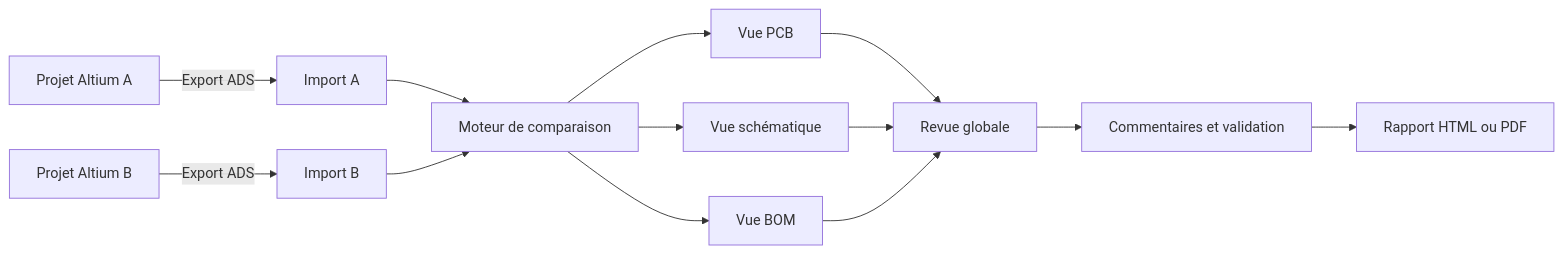
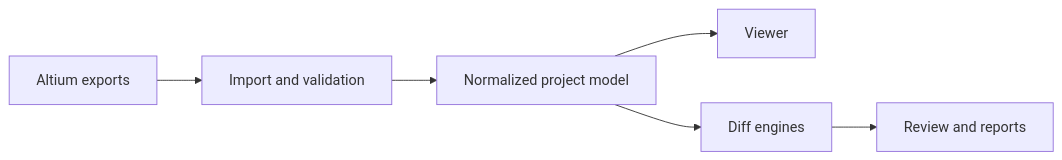
Before and after one commit to pixellove4ever/Altium-Diff-Studio: the diagram in README.md, drawn with Mermaid. The commit also changed other lines of this file and 8 other files, not shown here.

Commit message:
feat: introduce ADS schema documentation and scaffold core PCB and Gerber viewer components

````diff
--- a/README.md
+++ b/README.md
@@ -24,15 +89,8 @@
 ```mermaid
 flowchart LR
-    A[Projet Altium A] -->|Export ADS| IA[Import A]
-    B[Projet Altium B] -->|Export ADS| IB[Import B]
-    IA --> D[Moteur de comparaison]
-    IB --> D
-    D --> PCB[Vue PCB]
-    D --> SCH[Vue schématique]
-    D --> BOM[Vue BOM]
-    PCB --> R[Revue globale]
-    SCH --> R
-    BOM --> R
-    R --> C[Commentaires et validation]
-    C --> E[Rapport HTML ou PDF]
+    A[Altium exports] --> B[Import and validation]
+    B --> C[Normalized project model]
+    C --> D[Viewer]
+    C --> E[Diff engines]
+    E --> F[Review and reports]
 ```
````
